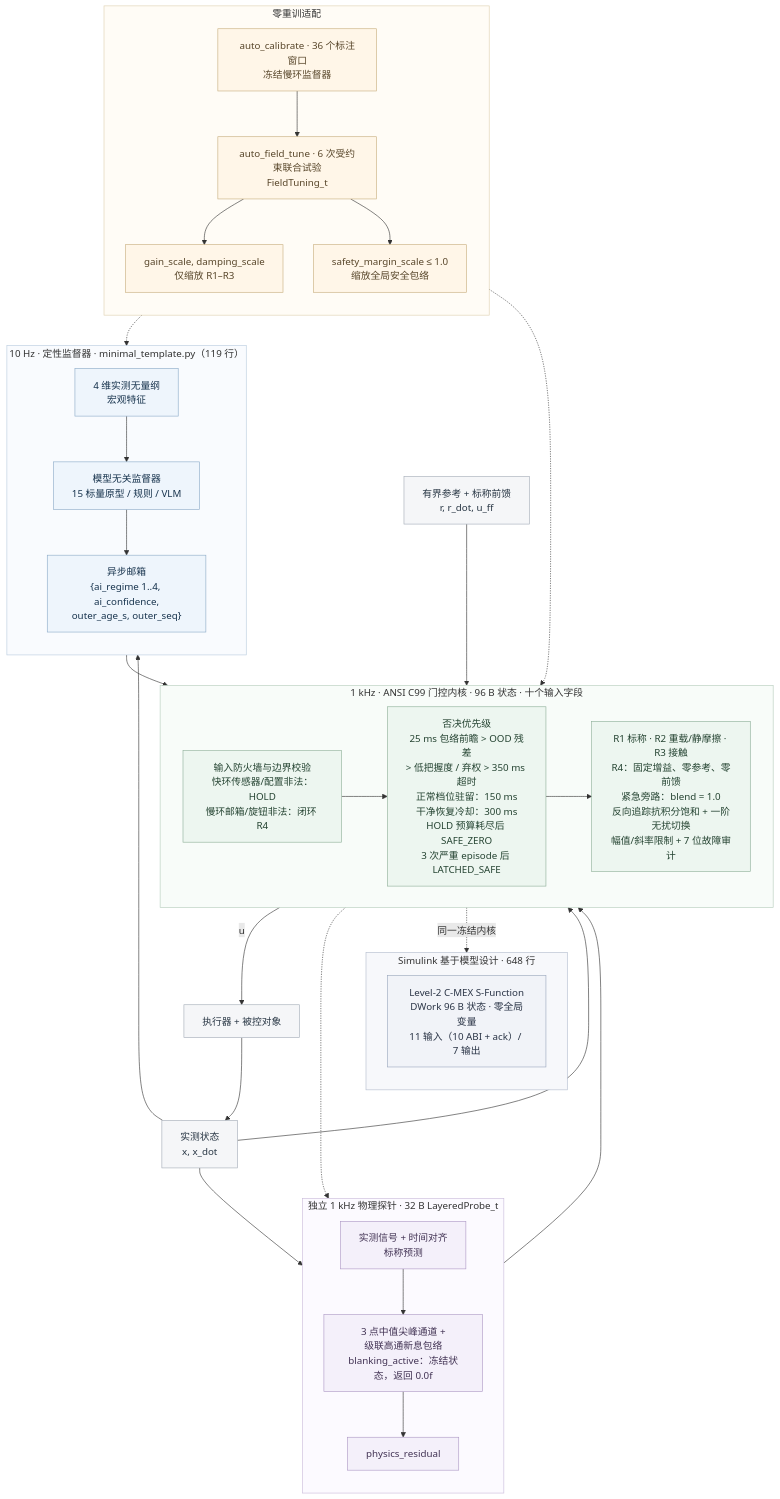
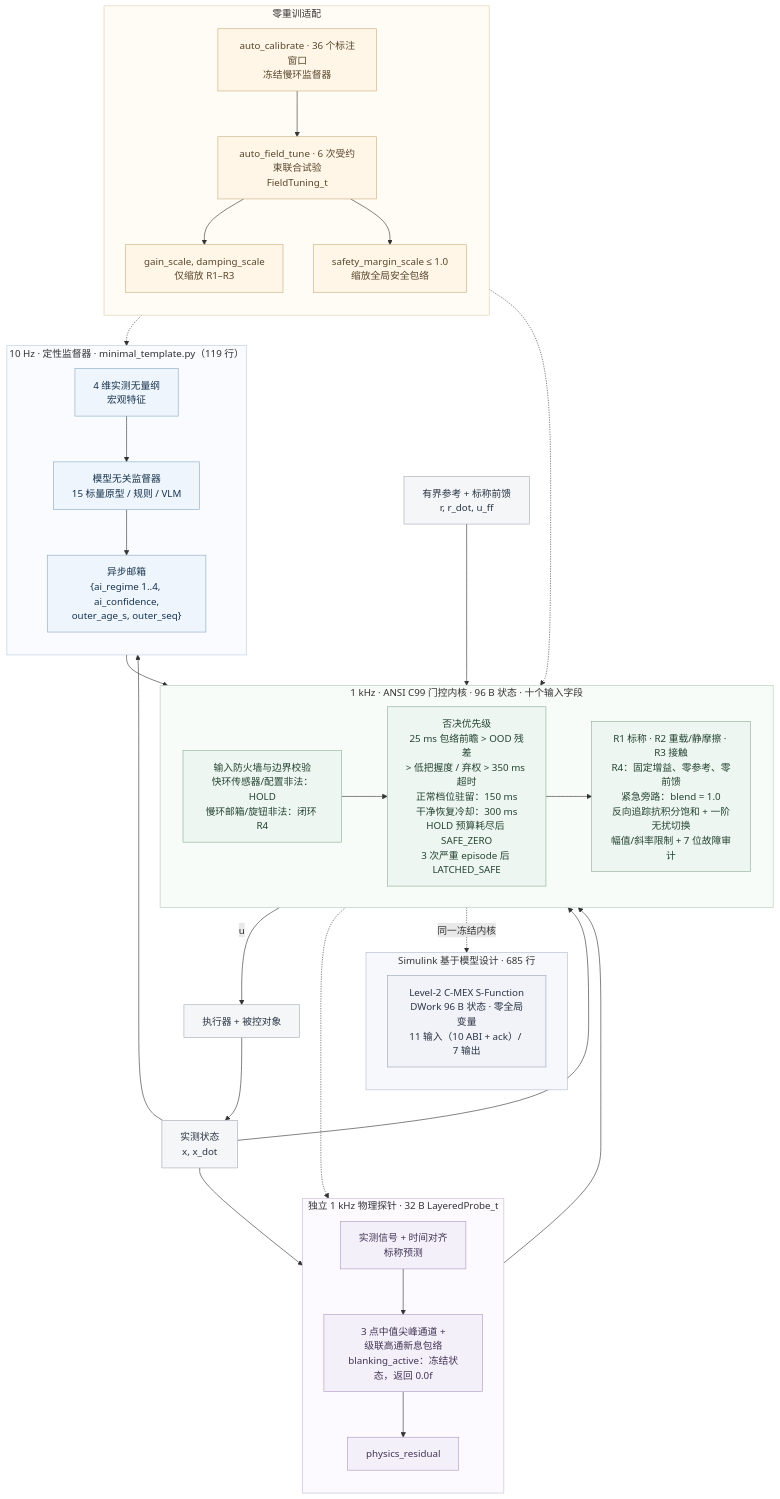
One commit to lijiawei255/ai-layered-control changed the diagram in README_zh.md. Above: the diagram before and after it, drawn with Mermaid. The commit also changed other lines of this file and 11 other files, not shown here.

````diff
--- a/README_zh.md
+++ b/README_zh.md
@@ -54,70 +54,70 @@
 ```mermaid
 flowchart TB
     subgraph slow["10 Hz · 定性监督器 · minimal_template.py（119 行）"]
         direction TB
         features["4 维实测无量纲<br/>宏观特征"]
         supervisor["模型无关监督器<br/>15 标量原型 / 规则 / VLM"]
         mailbox["异步邮箱<br/>{ai_regime 1..4, ai_confidence,<br/>outer_age_s, outer_seq}"]
         features --> supervisor --> mailbox
     end
     subgraph probe["独立 1 kHz 物理探针 · 32 B LayeredProbe_t"]
         direction TB
         innovation["实测信号 + 时间对齐<br/>标称预测"]
         channels["3 点中值尖峰通道 +<br/>级联高通新息包络<br/>blanking_active：冻结状态，返回 0.0f"]
         residual["physics_residual"]
         innovation --> channels --> residual
     end
     subgraph fast["1 kHz · ANSI C99 门控内核 · 96 B 状态 · 十个输入字段"]
         direction LR
         firewall["输入防火墙与边界校验<br/>快环传感器/配置非法：HOLD<br/>慢环邮箱/旋钮非法：闭环 R4"]
         gates["否决优先级<br/>25 ms 包络前瞻 > OOD 残差<br/>> 低把握度 / 弃权 > 350 ms 超时<br/>正常档位驻留：150 ms<br/>干净恢复冷却：300 ms<br/>HOLD 预算耗尽后 SAFE_ZERO<br/>3 次严重 episode 后 LATCHED_SAFE"]
         bank["R1 标称 · R2 重载/静摩擦 · R3 接触<br/>R4：固定增益、零参考、零前馈<br/>紧急旁路：blend = 1.0<br/>反向追踪抗积分饱和 + 一阶无扰切换<br/>幅值/斜率限制 + 7 位故障审计"]
         firewall --> gates --> bank
     end
-    subgraph mbd["Simulink 基于模型设计 · 648 行"]
+    subgraph mbd["Simulink 基于模型设计 · 685 行"]
         direction TB
         sfun["Level-2 C-MEX S-Function<br/>DWork 96 B 状态 · 零全局变量<br/>11 输入（10 ABI + ack）/ 7 输出"]
     end
     subgraph adapt["零重训适配"]
         direction TB
         calibrate["auto_calibrate · 36 个标注窗口<br/>冻结慢环监督器"]
         tune["auto_field_tune · 6 次受约束联合试验<br/>FieldTuning_t"]
         gains["gain_scale, damping_scale<br/>仅缩放 R1–R3"]
         margin["safety_margin_scale ≤ 1.0<br/>缩放全局安全包络"]
         calibrate --> tune
         tune --> gains
         tune --> margin
     end
     reference["有界参考 + 标称前馈<br/>r, r_dot, u_ff"]
     plant["执行器 + 被控对象"]
     sensor["实测状态<br/>x, x_dot"]
     reference --> fast
     slow --> fast
     probe --> fast
     fast -->|"u"| plant
     plant --> sensor
     sensor --> fast
     sensor --> slow
     sensor --> probe
     fast -.-> probe
     fast -.->|"同一冻结内核"| sfun
     adapt -.-> slow
     adapt -.-> fast
     classDef slowNode fill:#eef5fc,stroke:#8baac7,color:#17334d;
     classDef probeNode fill:#f4f0fa,stroke:#ad98c5,color:#423354;
     classDef coreNode fill:#edf6f0,stroke:#8eaf99,color:#244331;
     classDef adaptNode fill:#fff6e8,stroke:#c7ad7d,color:#58462a;
     classDef ioNode fill:#f5f6f8,stroke:#a4acb7,color:#283644;
     classDef mbdNode fill:#f1f3f8,stroke:#9aa7bd,color:#2a3446;
     class features,supervisor,mailbox slowNode;
     class innovation,channels,residual probeNode;
     class firewall,gates,bank coreNode;
     class calibrate,tune,gains,margin adaptNode;
     class reference,plant,sensor ioNode;
     class sfun mbdNode;
     style slow fill:#f9fbfe,stroke:#b8cbde
     style probe fill:#fcfaff,stroke:#c9bbda
     style fast fill:#f8fcf9,stroke:#b6cdbd
     style mbd fill:#f7f8fb,stroke:#b3bccd
     style adapt fill:#fffcf6,stroke:#dfcfaf
 ```
````
